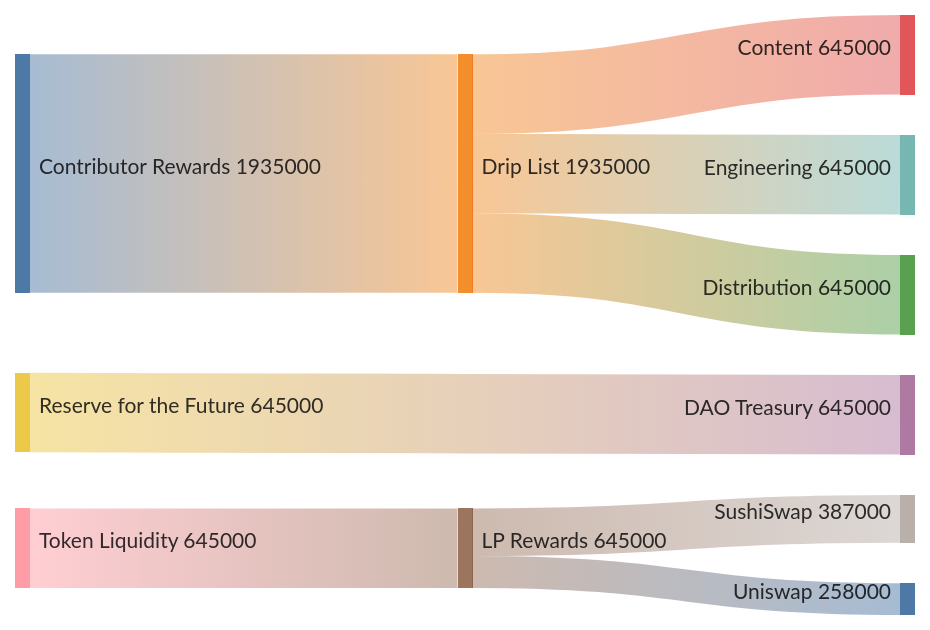
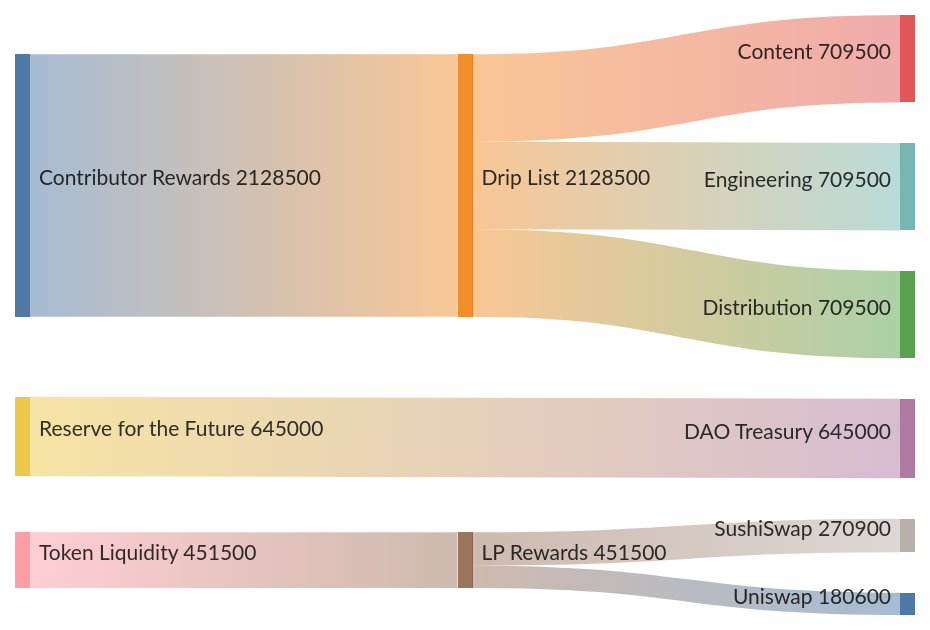
The fourth of 4 diagrams in TOKENOMICS.md (elimu-ai/web3-wiki), drawn with Mermaid before and after one commit. The commit also changed other lines of this file, not shown here.

Commit message:
docs: token allocation 2026 q2
https://snapshot.box/#/s:elimu.eth/proposal/0x3b2175ad4c1fa268ab05a2943f3e8e430471fe42f4981af1332a87c0f996b78f

````diff
--- a/TOKENOMICS.md
+++ b/TOKENOMICS.md
@@ -80,13 +80,13 @@
 ```mermaid
 sankey-beta
 
 %% source,target,value
-Contributor Rewards,Drip List,1935000
-Drip List,Content,645000
-Drip List,Engineering,645000
-Drip List,Distribution,645000
+Contributor Rewards,Drip List,2128500
+Drip List,Content,709500
+Drip List,Engineering,709500
+Drip List,Distribution,709500
 Reserve for the Future,DAO Treasury,645000
-Token Liquidity,LP Rewards,645000
-LP Rewards,SushiSwap,387000
-LP Rewards,Uniswap,258000
+Token Liquidity,LP Rewards,451500
+LP Rewards,SushiSwap,270900
+LP Rewards,Uniswap,180600
 ```
````
